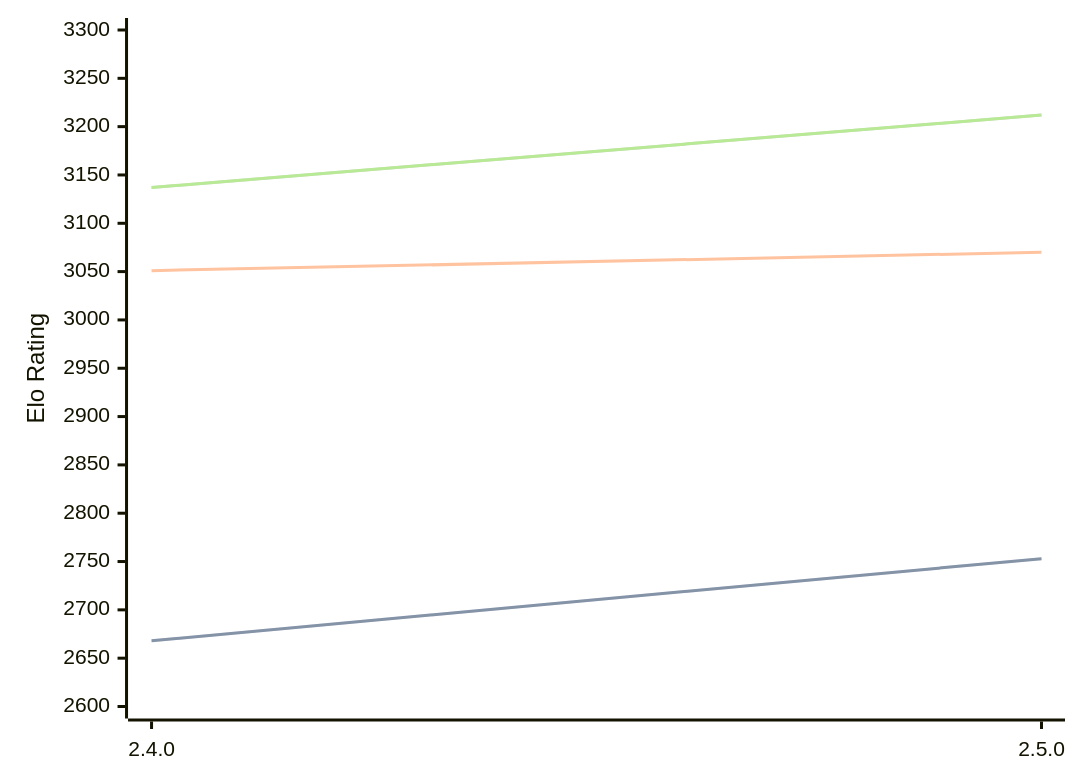
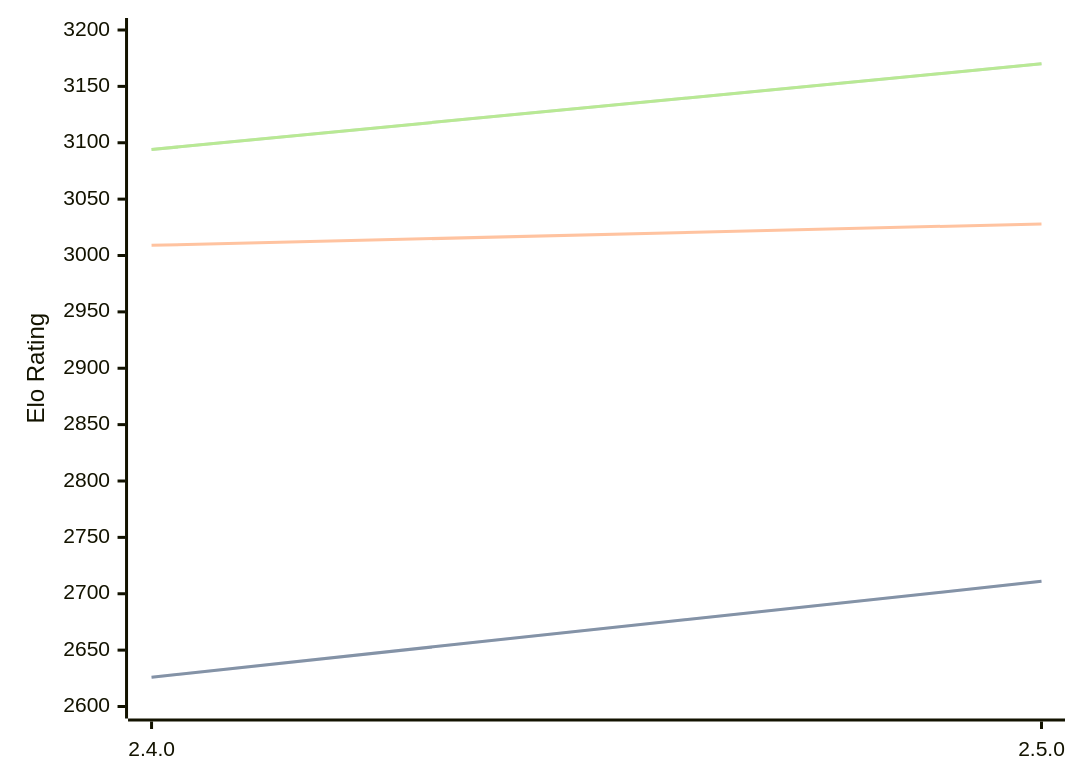
The diagram in engines/Sturddle2.md (computer-chess-index/cci), drawn with Mermaid before and after one commit. The commit also changed other lines of this file, not shown here.

Commit message:
Update CCI Ratings (ELO VLTC) - 2026-05-19

````diff
--- a/engines/Sturddle2.md
+++ b/engines/Sturddle2.md
@@ -37,11 +37,11 @@
 ```mermaid
 %%{init: {"theme":"base","themeVariables":{"seriesColors:['#a3a3a3','#222221','#faa371']}}}%%
 xychart-beta
   x-axis ["2.4.0", "2.5.0"]
-  y-axis "Elo Rating" 2600 --> 3300
-  line "STC (8.0+0.08s)" [2668, 2753]
-  line "STC (8.0+0.08s)" [2668, 2753]
-  line "LTC (60.0+0.60s)" [3051, 3070]
-  line "VLTC (2m24s+1.12s)" [3137, 3212]
-  line "VLTC (2m24s+1.12s)" [3137, 3212]
+  y-axis "Elo Rating" 2600 --> 3200
+  line "STC (8.0+0.08s)" [2626, 2711]
+  line "STC (8.0+0.08s)" [2626, 2711]
+  line "LTC (60.0+0.60s)" [3009, 3028]
+  line "VLTC (2m24s+1.12s)" [3094, 3170]
+  line "VLTC (2m24s+1.12s)" [3094, 3170]
 ```
````
